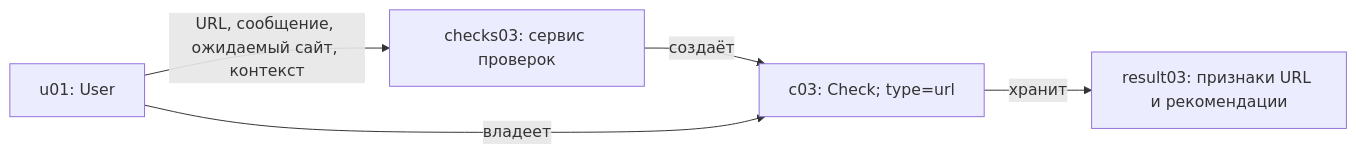
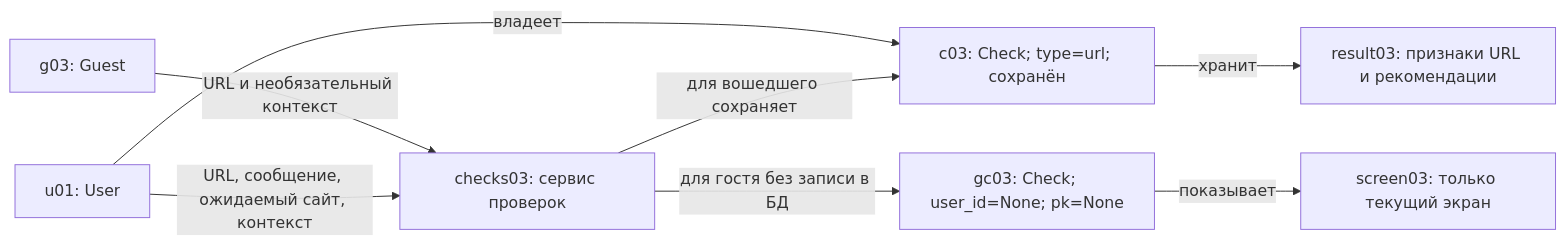
Before and after one commit to dzprht/alphago1v: the fifth of 14 diagrams in kharchenko_diagrams.md, drawn with Mermaid. The commit also changed other lines of this file and 9 other files, not shown here.

````diff
--- a/kharchenko_diagrams.md
+++ b/kharchenko_diagrams.md
@@ -94,7 +103,10 @@
 ```mermaid
 flowchart LR
     user["u01: User"] -->|URL, сообщение, ожидаемый сайт, контекст| service["checks03: сервис проверок"]
-    service -->|создаёт| check["c03: Check; type=url"]
+    guest["g03: Guest"] -->|URL и необязательный контекст| service
+    service -->|для вошедшего сохраняет| check["c03: Check; type=url; сохранён"]
+    service -->|для гостя без записи в БД| guestcheck["gc03: Check; user_id=None; pk=None"]
+    guestcheck -->|показывает| screen["screen03: только текущий экран"]
     user -->|владеет| check
     check -->|хранит| result["result03: признаки URL и рекомендации"]
 ```
````
